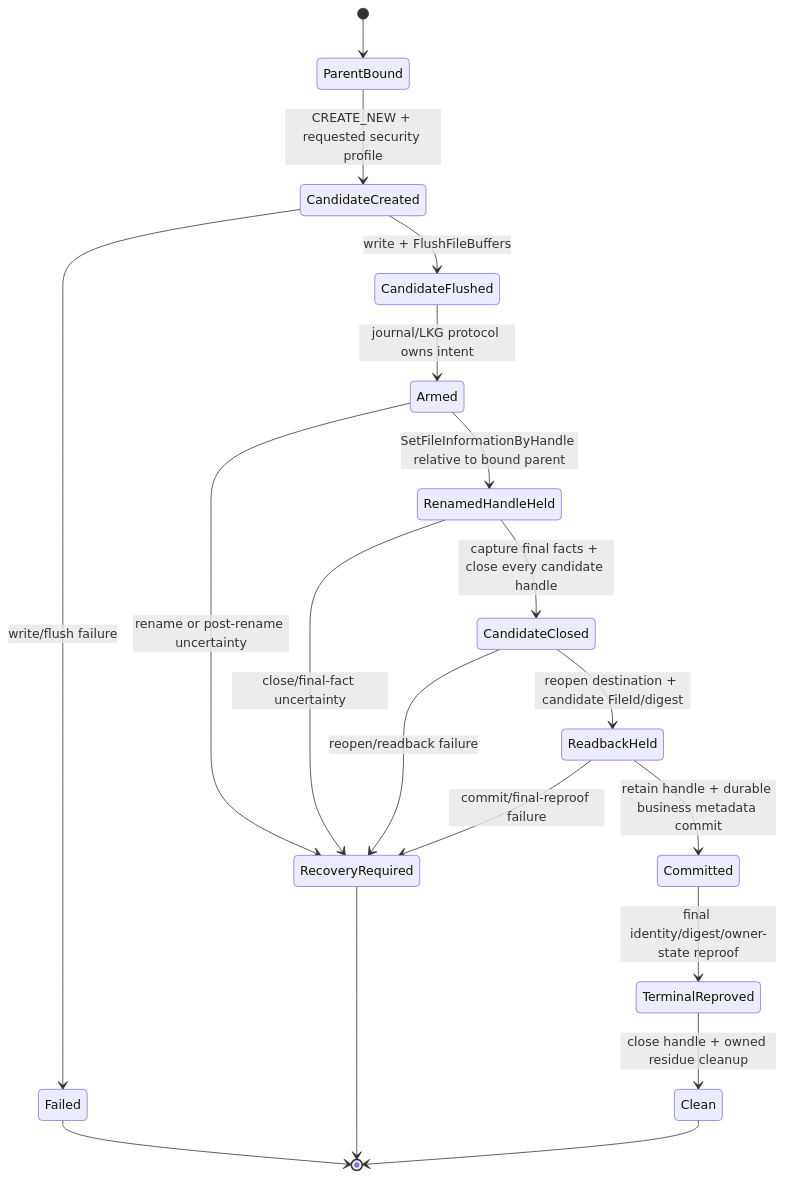
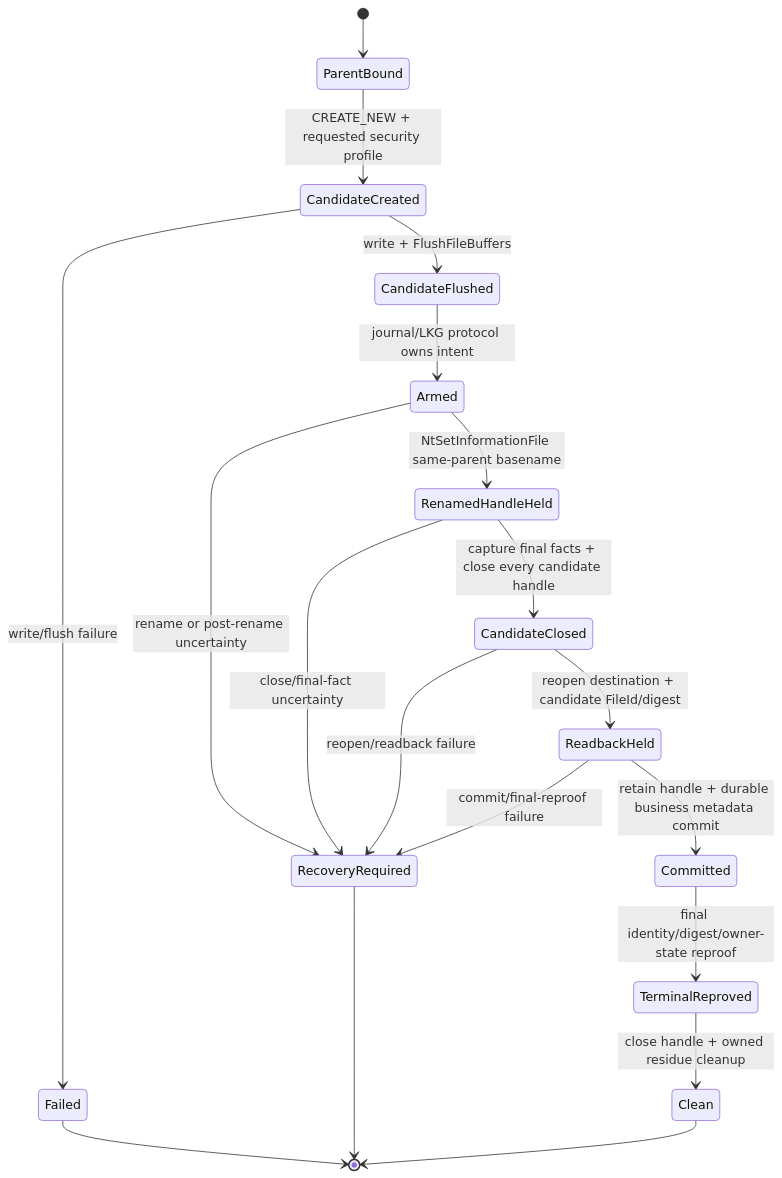
The third of 4 diagrams in .kiro/specs/windows-platform-enablement/design.md (BeFringe/LocalCAT), drawn with Mermaid before and after one commit. The commit also changed other lines of this file and 25 other files, not shown here.

````diff
--- a/.kiro/specs/windows-platform-enablement/design.md
+++ b/.kiro/specs/windows-platform-enablement/design.md
@@ -305,21 +305,21 @@
 ```mermaid
 stateDiagram-v2
     [*] --> ParentBound
     ParentBound --> CandidateCreated: CREATE_NEW + requested security profile
     CandidateCreated --> CandidateFlushed: write + FlushFileBuffers
     CandidateFlushed --> Armed: journal/LKG protocol owns intent
-    Armed --> RenamedHandleHeld: SetFileInformationByHandle relative to bound parent
+    Armed --> RenamedHandleHeld: NtSetInformationFile same-parent basename
     RenamedHandleHeld --> CandidateClosed: capture final facts + close every candidate handle
     CandidateClosed --> ReadbackHeld: reopen destination + candidate FileId/digest
     ReadbackHeld --> Committed: retain handle + durable business metadata commit
     Committed --> TerminalReproved: final identity/digest/owner-state reproof
     TerminalReproved --> Clean: close handle + owned residue cleanup
     CandidateCreated --> Failed: write/flush failure
     Armed --> RecoveryRequired: rename or post-rename uncertainty
     RenamedHandleHeld --> RecoveryRequired: close/final-fact uncertainty
     CandidateClosed --> RecoveryRequired: reopen/readback failure
     ReadbackHeld --> RecoveryRequired: commit/final-reproof failure
     Failed --> [*]
     RecoveryRequired --> [*]
     Clean --> [*]
 ```
````
